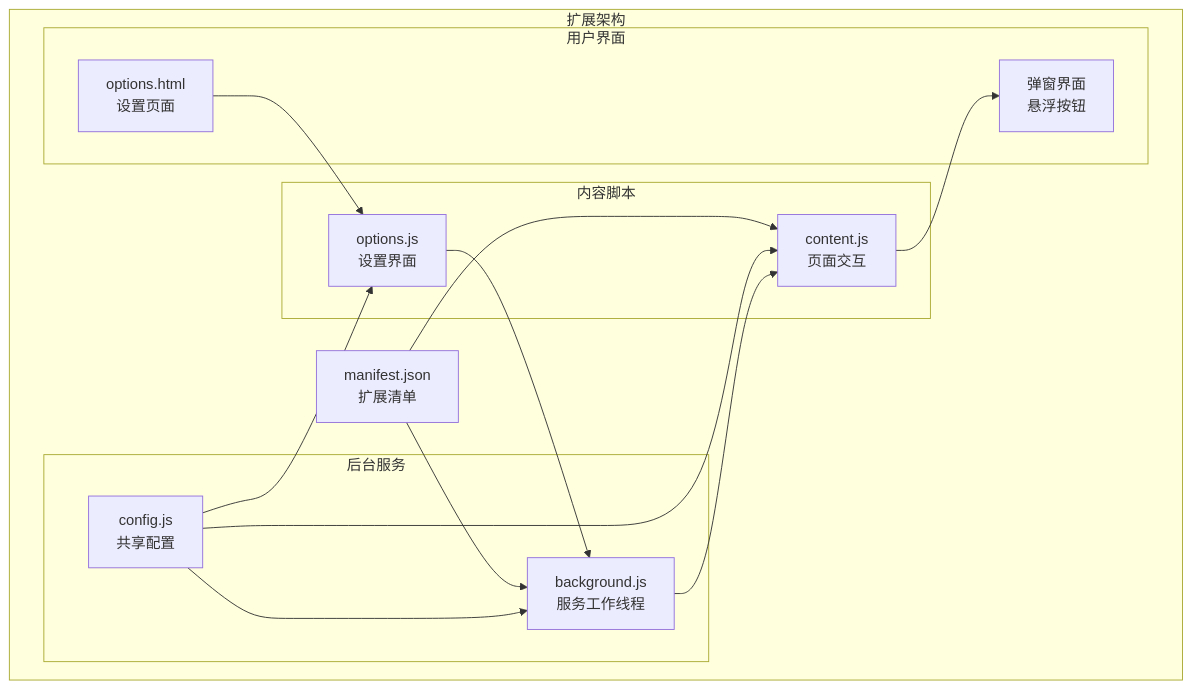
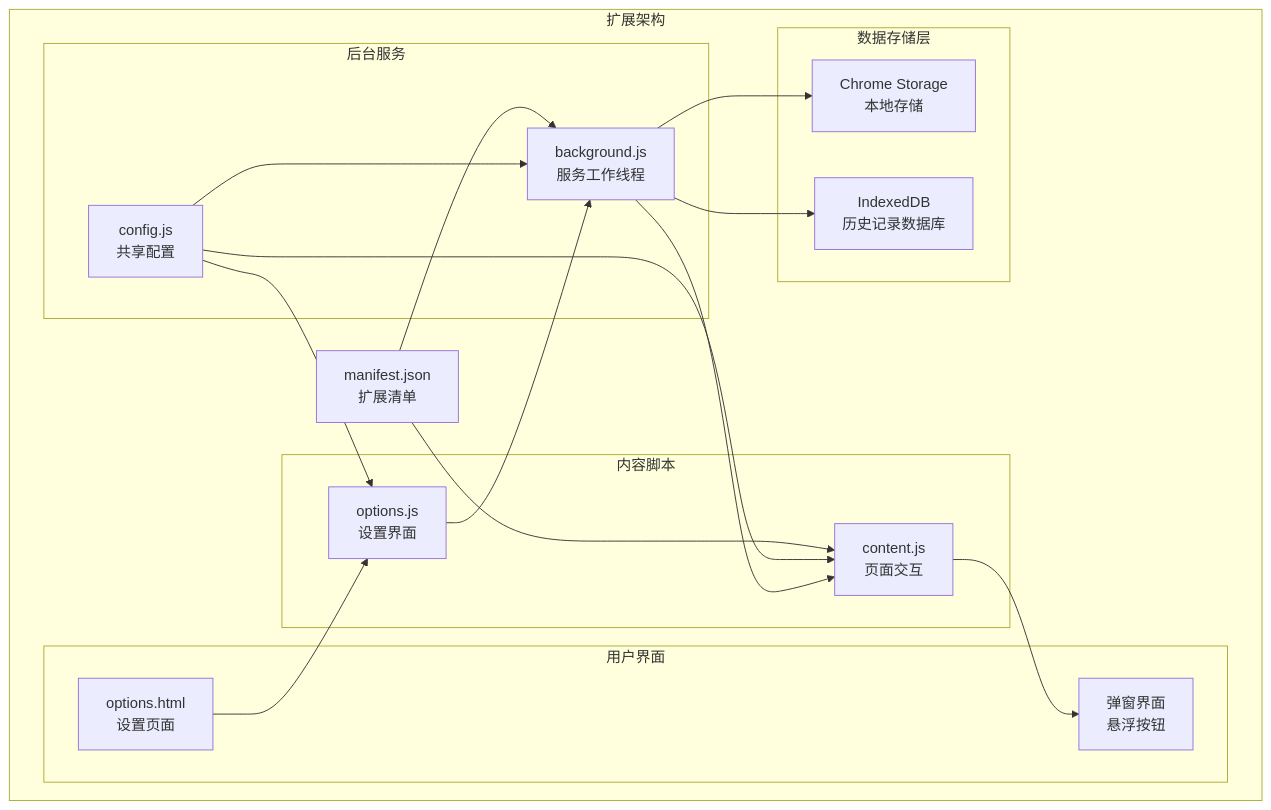
The first of 21 diagrams in .qoder/repowiki/zh/content/技术架构/数据管理策略.md (binasi/Img2Prompt), drawn with Mermaid before and after one commit. The commit also changed other lines of this file and 7 other files, not shown here.

````diff
--- a/.qoder/repowiki/zh/content/技术架构/数据管理策略.md
+++ b/.qoder/repowiki/zh/content/技术架构/数据管理策略.md
@@ -37,27 +45,33 @@
 ```mermaid
 graph TB
 subgraph "扩展架构"
 Manifest[manifest.json<br/>扩展清单]
 subgraph "后台服务"
 Background[background.js<br/>服务工作线程]
 Config[config.js<br/>共享配置]
 end
 subgraph "内容脚本"
 Content[content.js<br/>页面交互]
 Options[options.js<br/>设置界面]
 end
 subgraph "用户界面"
 OptionsHTML[options.html<br/>设置页面]
 Panel[弹窗界面<br/>悬浮按钮]
 end
+subgraph "数据存储层"
+LocalStorage[Chrome Storage<br/>本地存储]
+IndexedDB[IndexedDB<br/>历史记录数据库]
+end
 end
 Manifest --> Background
 Manifest --> Content
 Config --> Background
 Config --> Content
 Config --> Options
 Background --> Content
 Options --> Background
 OptionsHTML --> Options
 Content --> Panel
+Background --> LocalStorage
+Background --> IndexedDB
 ```
````
